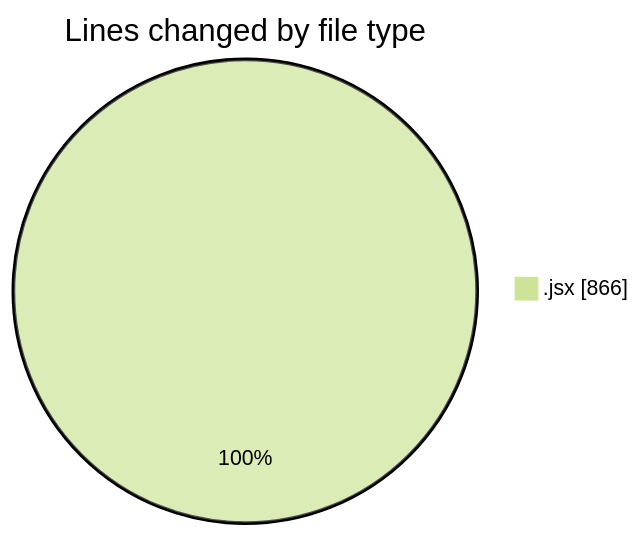
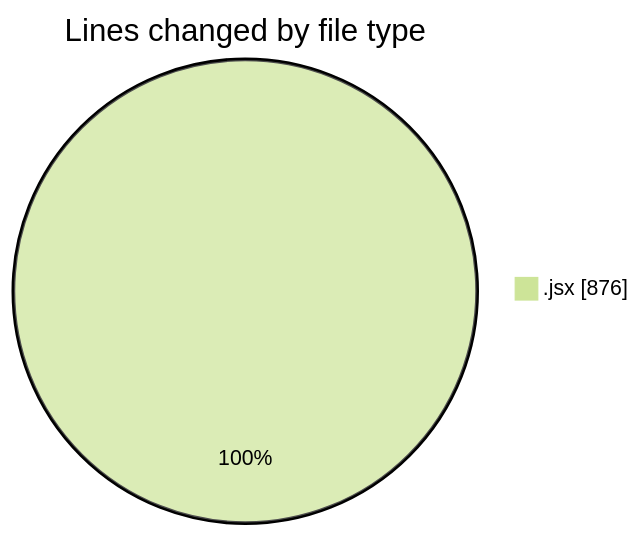
Before and after one commit to nxtqubesakshisongat/code-tracking: the first of 2 diagrams in 2025-07-08/argos/README.md, drawn with Mermaid (forest theme). The commit also changed other lines of this file and 1 other file, not shown here.

````diff
--- a/2025-07-08/argos/README.md
+++ b/2025-07-08/argos/README.md
@@ -20,5 +20,5 @@
 ```mermaid
 pie showData
 title Lines changed by file type
-".jsx" : 866
+".jsx" : 876
 ```
````
